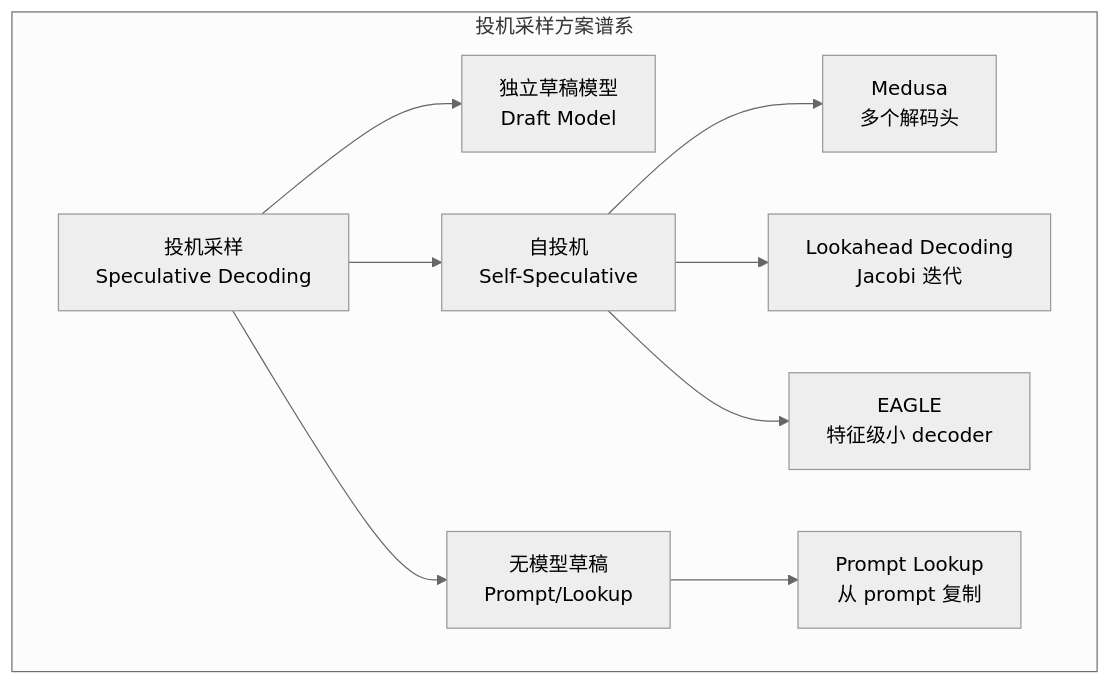
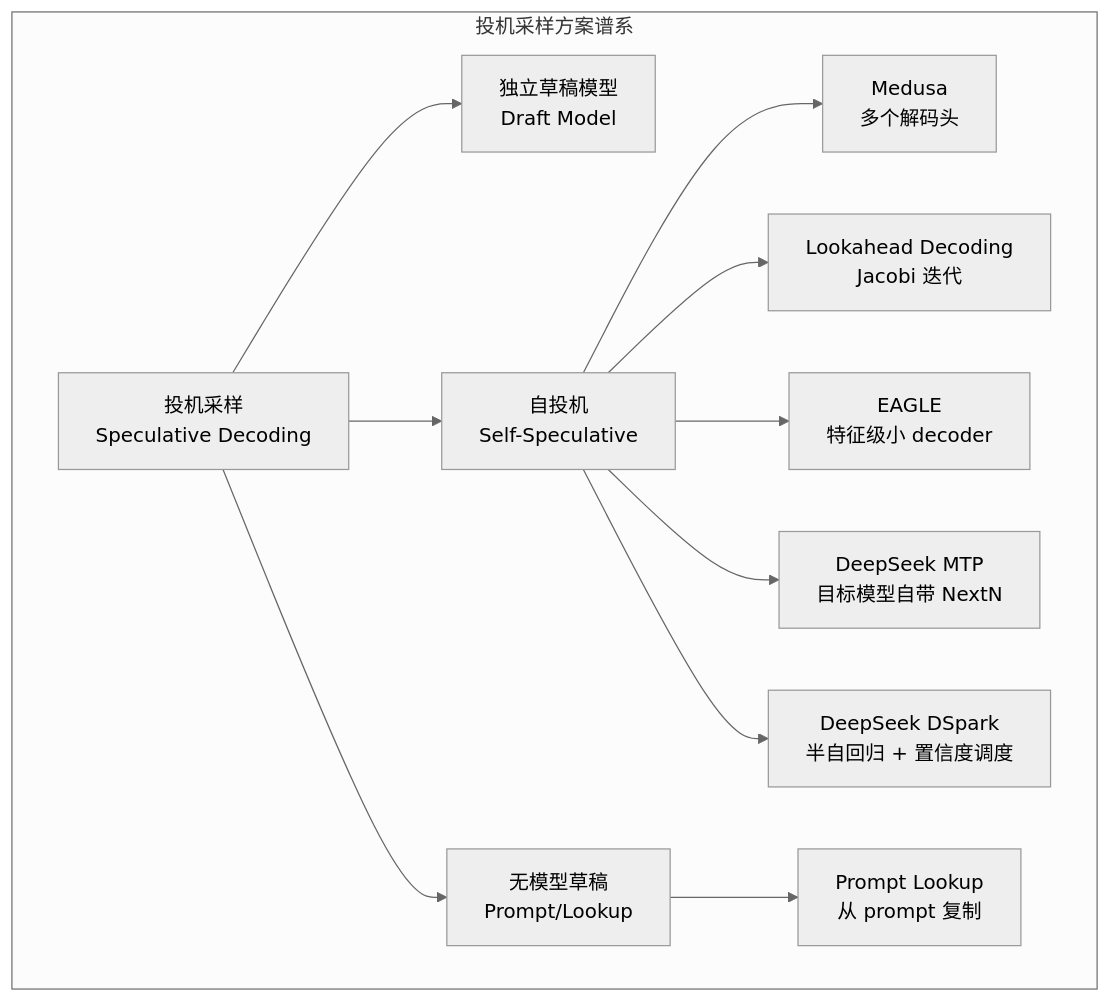
Before and after one commit to dwq370/Hands-on-AI-Infra: the third of 8 diagrams in 推理/解码优化/投机采样基本原理.md, drawn with Mermaid (neutral theme). The commit also changed other lines of this file, not shown here.

Commit message:
docs: add DeepSeek MTP and DSpark references to speculative decoding

````diff
--- a/推理/解码优化/投机采样基本原理.md
+++ b/推理/解码优化/投机采样基本原理.md
@@ -137,12 +137,14 @@
 ```mermaid
 flowchart TB
     subgraph "投机采样方案谱系"
         A["投机采样<br/>Speculative Decoding"] --> B1["独立草稿模型<br/>Draft Model"]
         A --> B2["自投机<br/>Self-Speculative"]
         A --> B3["无模型草稿<br/>Prompt/Lookup"]
         B2 --> C1["Medusa<br/>多个解码头"]
         B2 --> C2["Lookahead Decoding<br/>Jacobi 迭代"]
         B2 --> C3["EAGLE<br/>特征级小 decoder"]
+        B2 --> C5["DeepSeek MTP<br/>目标模型自带 NextN"]
+        B2 --> C6["DeepSeek DSpark<br/>半自回归 + 置信度调度"]
         B3 --> C4["Prompt Lookup<br/>从 prompt 复制"]
     end
 ```
````
